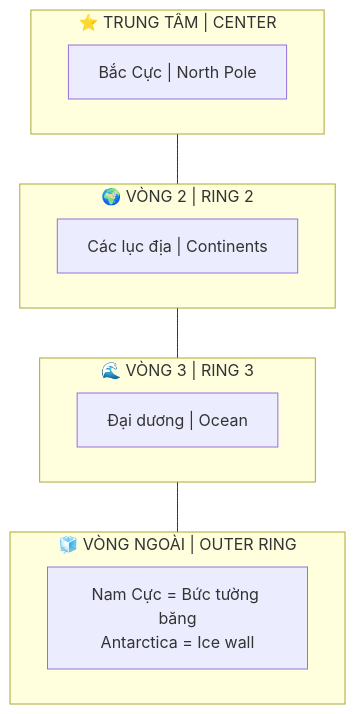
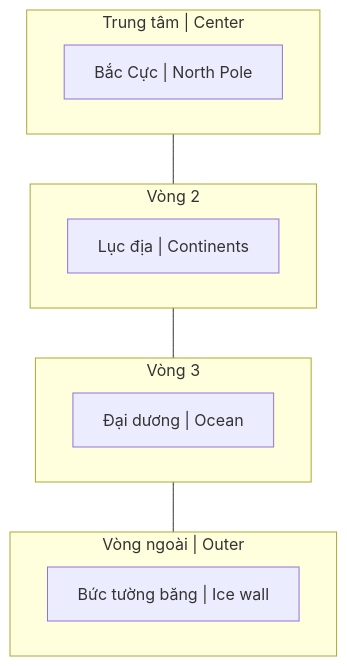
Before and after one commit to dyukahi/knowledge: the diagram in politics-conspiracy/Thuyết Trái Đất Phẳng.md, drawn with Mermaid. The commit also changed 1 other file, not shown here.

Commit message:
Shorten Mermaid text: avoid word-wrap, cleaner display

````diff
--- a/politics-conspiracy/Thuyết Trái Đất Phẳng.md
+++ b/politics-conspiracy/Thuyết Trái Đất Phẳng.md
@@ -21,20 +21,20 @@
 ```mermaid
 flowchart TB
-    subgraph Layer4["🧊 VÒNG NGOÀI | OUTER RING"]
-        Ice["Nam Cực = Bức tường băng<br/>Antarctica = Ice wall"]
+    subgraph L4["Vòng ngoài | Outer"]
+        Ice["Bức tường băng | Ice wall"]
     end
     
-    subgraph Layer3["🌊 VÒNG 3 | RING 3"]
+    subgraph L3["Vòng 3"]
         Ocean["Đại dương | Ocean"]
     end
     
-    subgraph Layer2["🌍 VÒNG 2 | RING 2"]
-        Continents["Các lục địa | Continents"]
+    subgraph L2["Vòng 2"]
+        Land["Lục địa | Continents"]
     end
     
-    subgraph Layer1["⭐ TRUNG TÂM | CENTER"]
-        NorthPole["Bắc Cực | North Pole"]
+    subgraph L1["Trung tâm | Center"]
+        Pole["Bắc Cực | North Pole"]
     end
     
-    Layer1 --- Layer2 --- Layer3 --- Layer4
+    L1 --- L2 --- L3 --- L4
 ```
````
